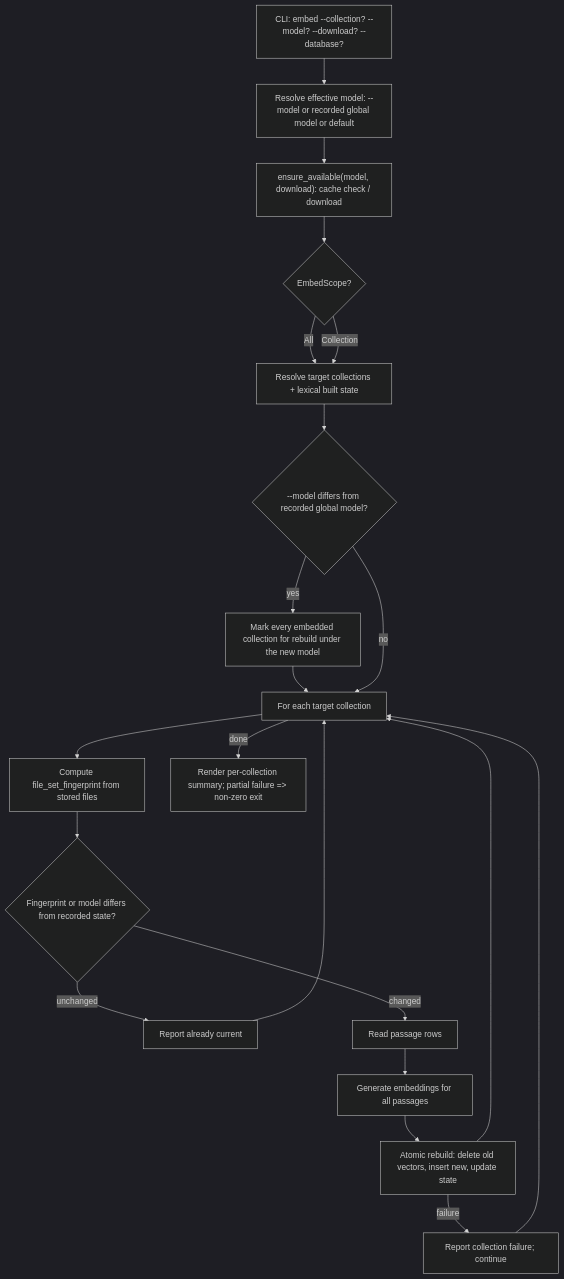
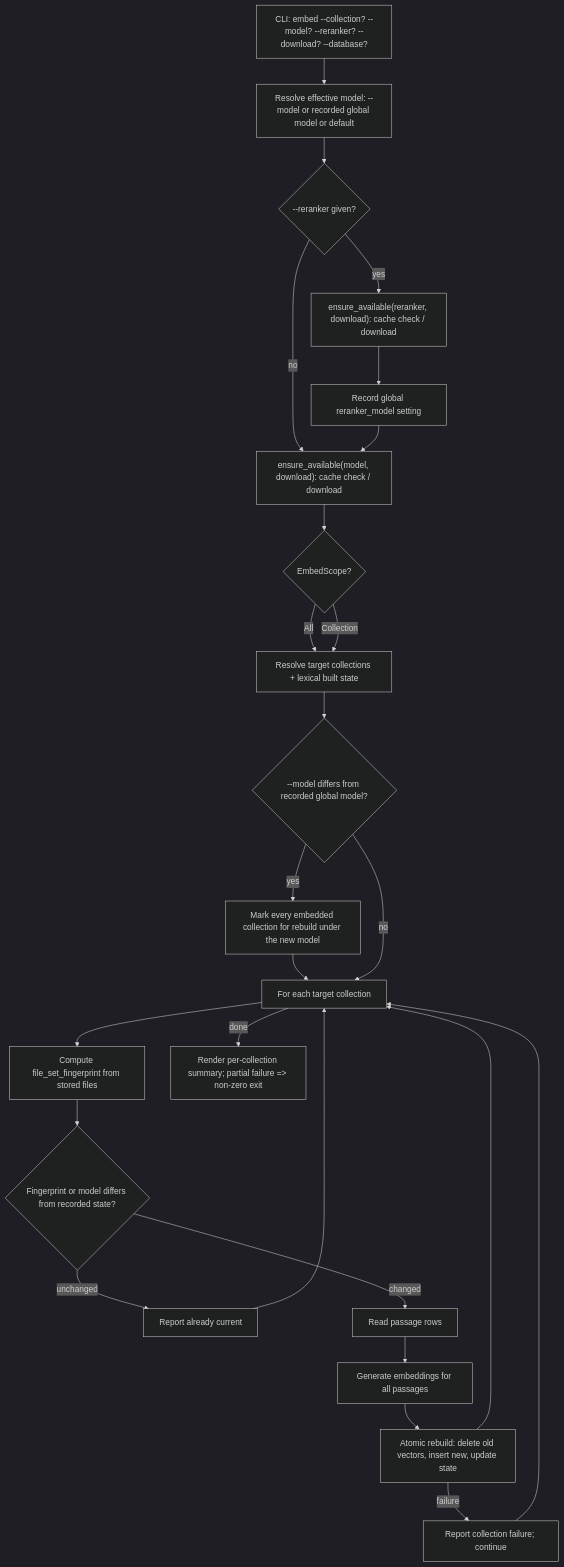
The diagram in specs/010-semantic-index/design.md (qlambeau/mdsearch), drawn with Mermaid (dark theme) before and after one commit. The commit also changed other lines of this file and 34 other files, not shown here.

````diff
--- a/specs/010-semantic-index/design.md
+++ b/specs/010-semantic-index/design.md
@@ -122,31 +141,39 @@
 ```mermaid
 flowchart TD
-    INPUT["CLI: embed --collection? --model? --download? --database?"]
+    INPUT["CLI: embed --collection? --model? --reranker? --download? --database?"]
     RESOLVE["Resolve effective model: --model or recorded global model or default"]
+    RERANKER{"--reranker given?"}
+    RAVAIL["ensure_available(reranker, download): cache check / download"]
+    RSET["Record global reranker_model setting"]
     AVAIL["ensure_available(model, download): cache check / download"]
     SCOPE{"EmbedScope?"}
     TARGETS["Resolve target collections + lexical built state"]
     SWITCH{"--model differs from recorded global model?"}
     REBUILD_ALL["Mark every embedded collection for rebuild under the new model"]
     LOOP["For each target collection"]
     FILES["Compute file_set_fingerprint from stored files"]
     STALE{"Fingerprint or model differs from recorded state?"}
     SKIP["Report already current"]
     READ["Read passage rows"]
     EMBED["Generate embeddings for all passages"]
     ATOMIC["Atomic rebuild: delete old vectors, insert new, update state"]
     FAIL["Report collection failure; continue"]
     REPORT["Render per-collection summary; partial failure => non-zero exit"]
 
-    INPUT --> RESOLVE --> AVAIL --> SCOPE
+    INPUT --> RESOLVE
+    RESOLVE --> RERANKER
+    RERANKER -->|yes| RAVAIL --> RSET
+    RERANKER -->|no| AVAIL
+    RSET --> AVAIL
+    AVAIL --> SCOPE
     SCOPE -->|All| TARGETS
     SCOPE -->|Collection| TARGETS
     TARGETS --> SWITCH
     SWITCH -->|yes| REBUILD_ALL --> LOOP
     SWITCH -->|no| LOOP
     LOOP --> FILES --> STALE
     STALE -->|unchanged| SKIP --> LOOP
     STALE -->|changed| READ --> EMBED --> ATOMIC --> LOOP
     ATOMIC -->|failure| FAIL --> LOOP
     LOOP -->|done| REPORT
 ```
````
